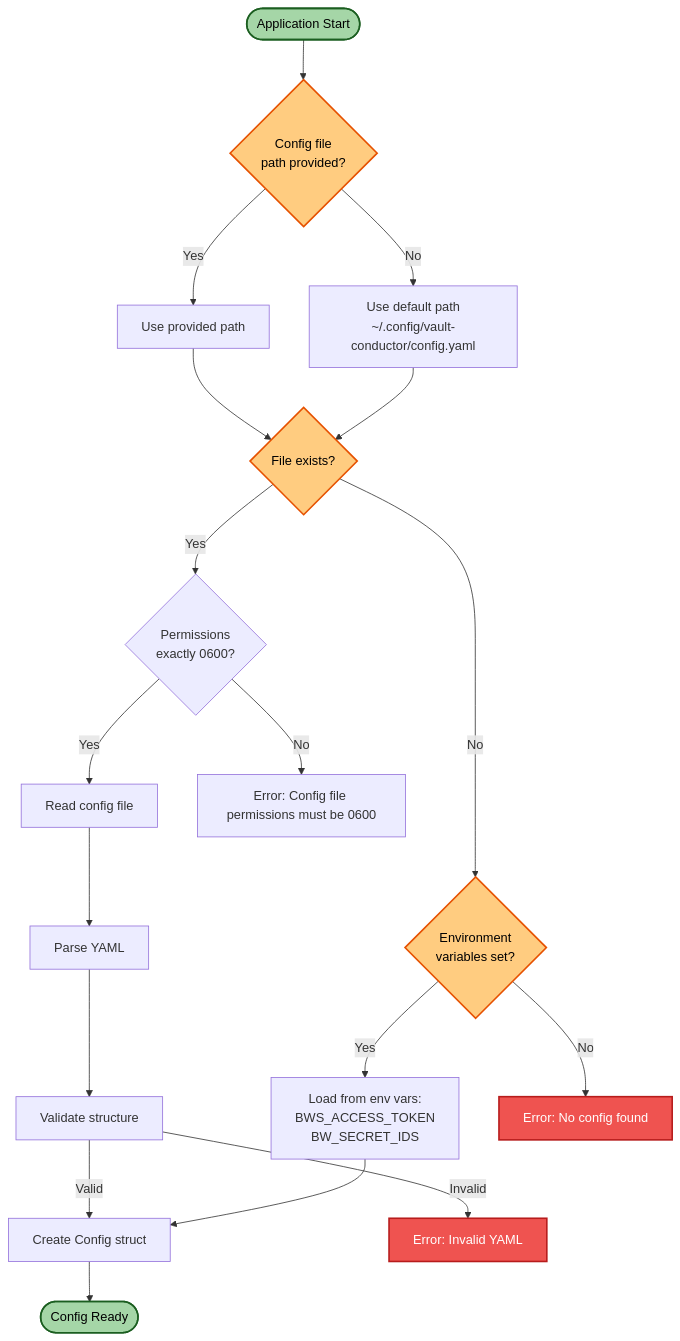
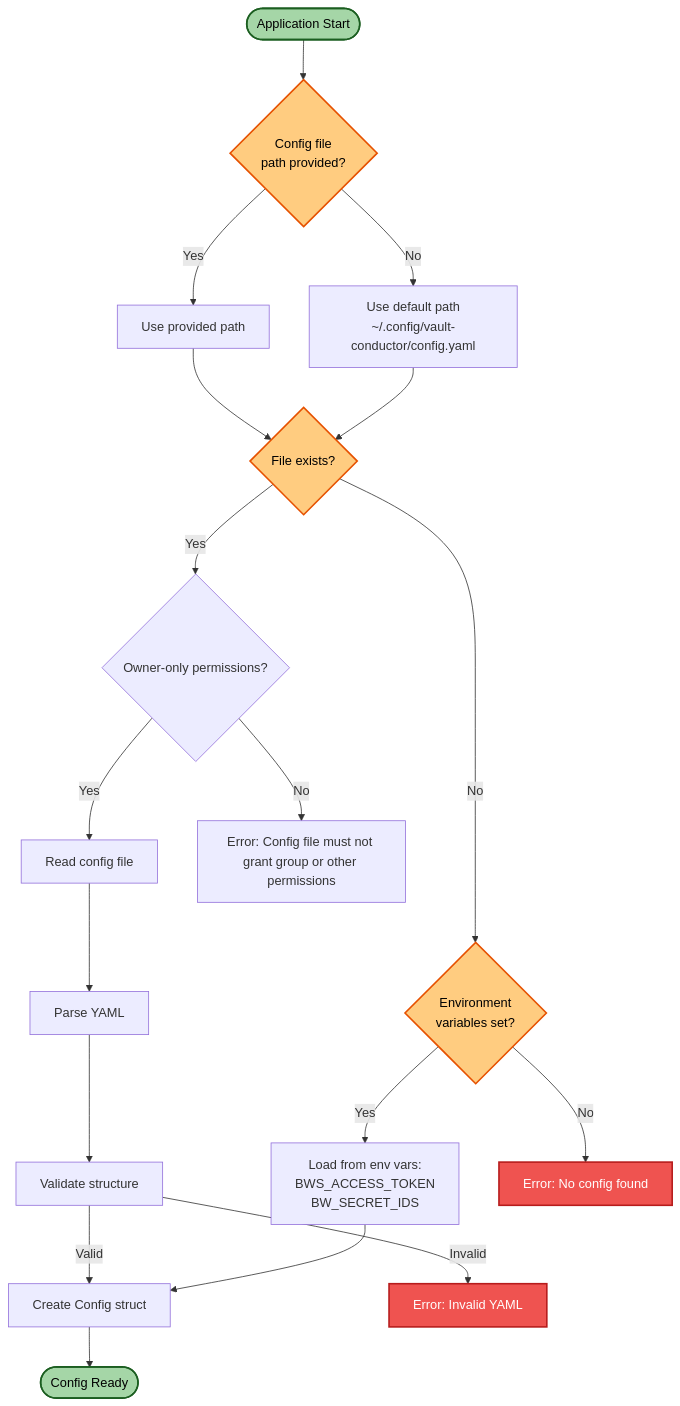
The diagram in docs/CONFIG_LOAD.md (pirafrank/vault-conductor), drawn with Mermaid before and after one commit. The commit also changed 2 other files, not shown here.

Commit message:
fix: make it fail for any perms wider than 0600

````diff
--- a/docs/CONFIG_LOAD.md
+++ b/docs/CONFIG_LOAD.md
@@ -5,38 +5,38 @@
 ```mermaid
 flowchart TD
     Start([Application Start])
 
     Start --> CheckConfigPath{Config file<br/>path provided?}
 
     CheckConfigPath -->|Yes| UseProvided[Use provided path]
     CheckConfigPath -->|No| UseDefault[Use default path<br/>~/.config/vault-conductor/config.yaml]
 
     UseProvided --> FileExists{File exists?}
     UseDefault --> FileExists
 
-    FileExists -->|Yes| CheckPermissions{Permissions<br/>exactly 0600?}
+    FileExists -->|Yes| CheckPermissions{Owner-only permissions?}
     CheckPermissions -->|Yes| ReadFile[Read config file]
-    CheckPermissions -->|No| Error3[Error: Config file permissions must be 0600]
+    CheckPermissions -->|No| Error3[Error: Config file must not grant group or other permissions]
     FileExists -->|No| CheckEnv{Environment<br/>variables set?}
 
     ReadFile --> ParseYAML[Parse YAML]
     ParseYAML --> Validate[Validate structure]
 
     CheckEnv -->|Yes| LoadEnv[Load from env vars:<br/>BWS_ACCESS_TOKEN<br/>BW_SECRET_IDS]
     CheckEnv -->|No| Error1[Error: No config found]
 
     Validate -->|Valid| CreateConfig[Create Config struct]
     Validate -->|Invalid| Error2[Error: Invalid YAML]
 
     LoadEnv --> CreateConfig
 
     CreateConfig --> ConfigReady([Config Ready])
 
     style Start fill:#a5d6a7,stroke:#1b5e20,stroke-width:2px,color:#000
     style ConfigReady fill:#a5d6a7,stroke:#1b5e20,stroke-width:2px,color:#000
     style Error1 fill:#ef5350,stroke:#b71c1c,stroke-width:2px,color:#fff
     style Error2 fill:#ef5350,stroke:#b71c1c,stroke-width:2px,color:#fff
     style CheckConfigPath fill:#ffcc80,stroke:#e65100,stroke-width:2px,color:#000
     style FileExists fill:#ffcc80,stroke:#e65100,stroke-width:2px,color:#000
     style CheckEnv fill:#ffcc80,stroke:#e65100,stroke-width:2px,color:#000
 ```
````
